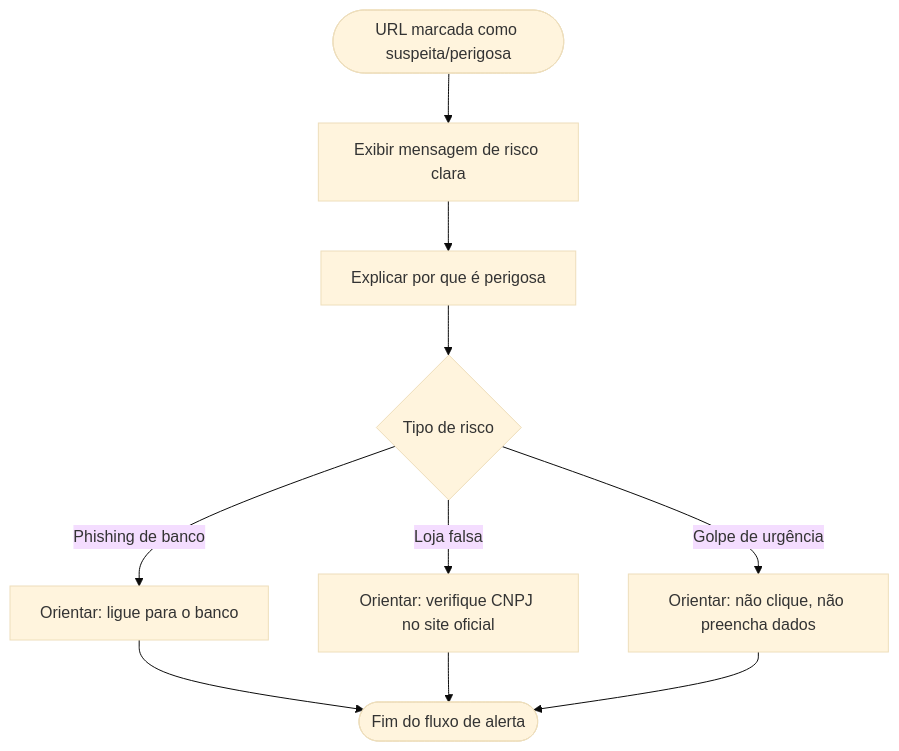
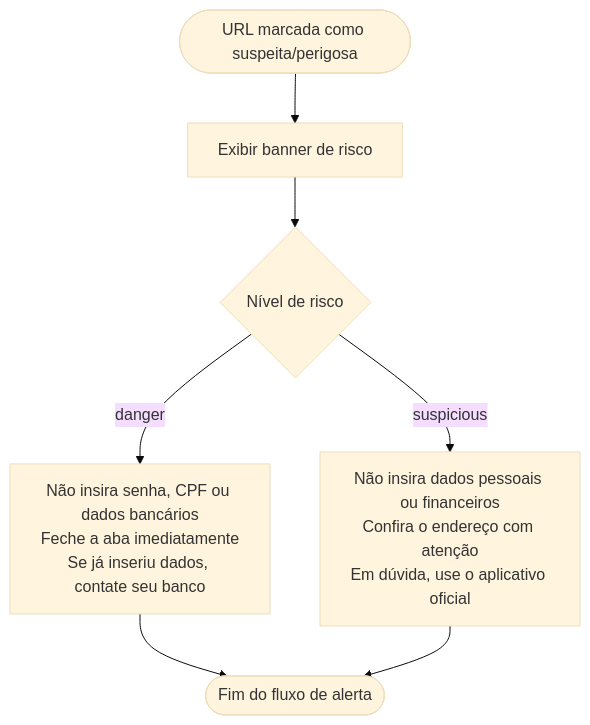
One commit to LeoGotardo/phising changed the sixth of 6 diagrams in docs/casos-de-uso.md. Above: the diagram before and after it, drawn with Mermaid (base theme). The commit also changed other lines of this file and 4 other files, not shown here.

````diff
--- a/docs/casos-de-uso.md
+++ b/docs/casos-de-uso.md
@@ -145,10 +142,8 @@
 ```mermaid
 flowchart TD
-    A([URL marcada como suspeita/perigosa]) --> B[Exibir mensagem de risco clara]
-    B --> C[Explicar por que é perigosa]
-    C --> D{Tipo de risco}
-    D -->|Phishing de banco| E[Orientar: ligue para o banco]
-    D -->|Loja falsa| F[Orientar: verifique CNPJ no site oficial]
-    D -->|Golpe de urgência| G[Orientar: não clique, não preencha dados]
-    E & F & G --> H([Fim do fluxo de alerta])
+    A([URL marcada como suspeita/perigosa]) --> B[Exibir banner de risco]
+    B --> C{Nível de risco}
+    C -->|danger| D["Não insira senha, CPF ou dados bancários\nFeche a aba imediatamente\nSe já inseriu dados, contate seu banco"]
+    C -->|suspicious| E["Não insira dados pessoais ou financeiros\nConfira o endereço com atenção\nEm dúvida, use o aplicativo oficial"]
+    D & E --> F([Fim do fluxo de alerta])
 ```
````
